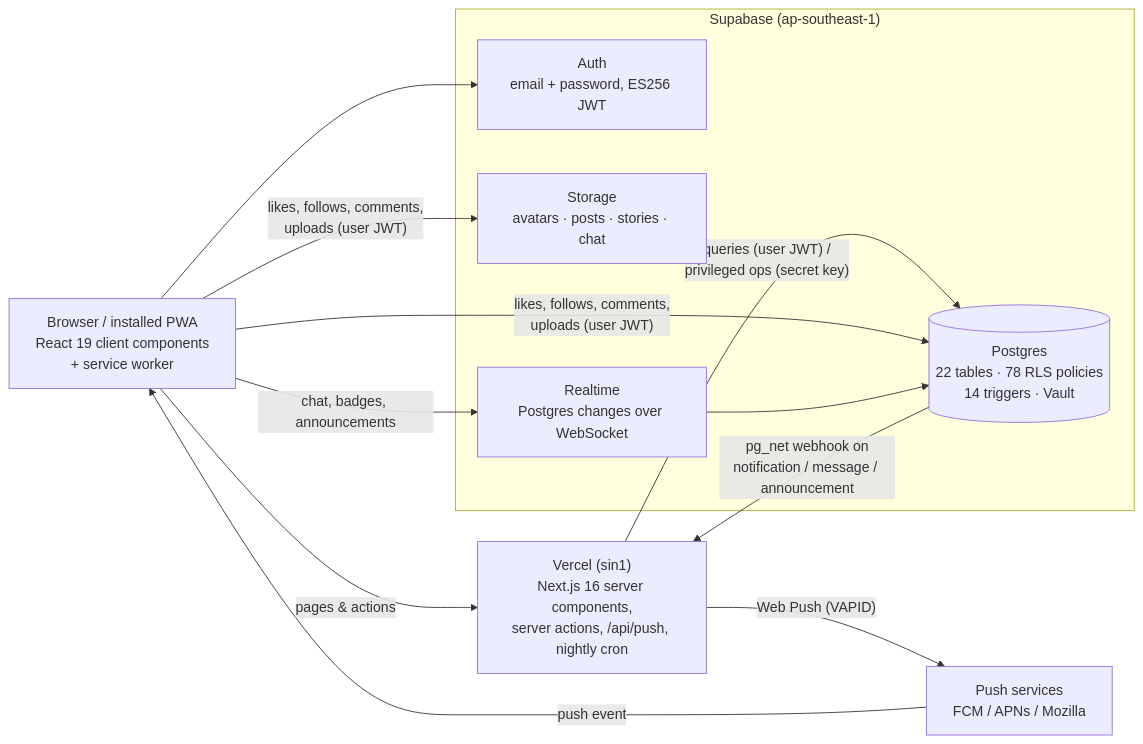
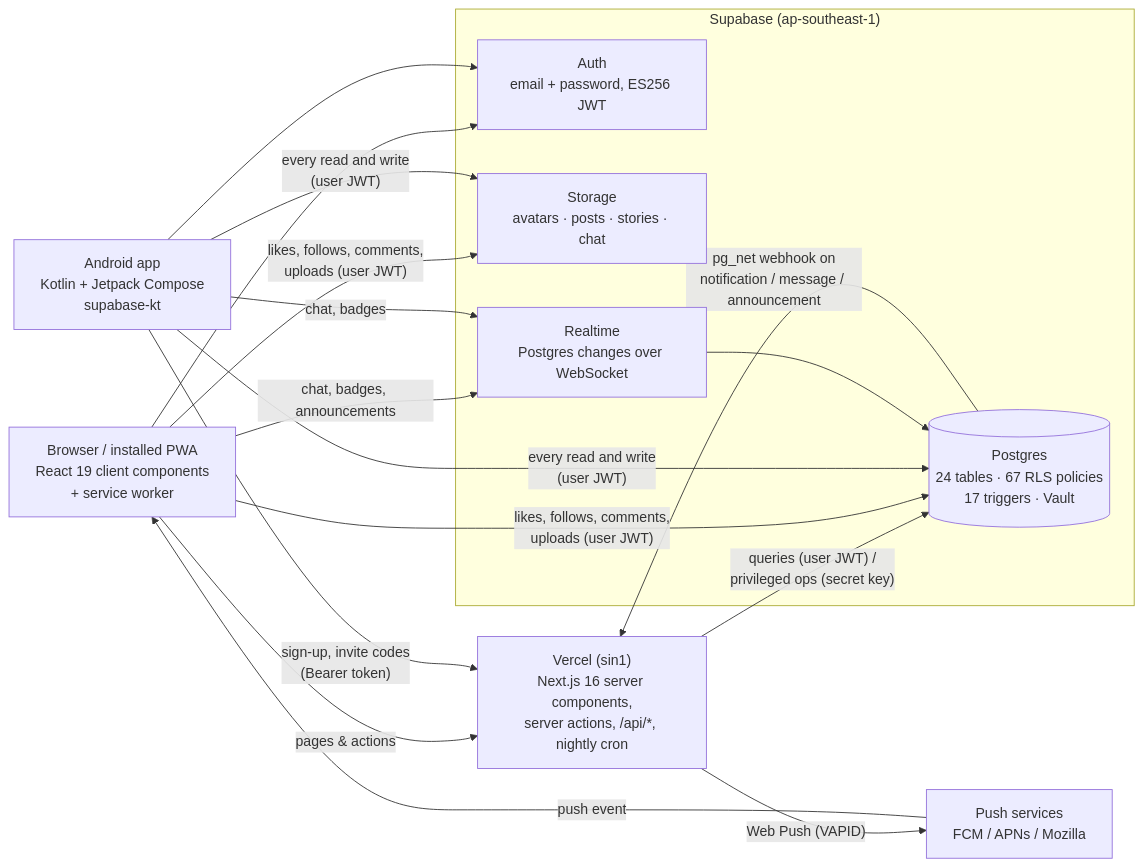
Before and after one commit to brownfishsalman/Dheu-: the diagram in README.md, drawn with Mermaid. The commit also changed other lines of this file and 78 other files, not shown here.

First line of the commit message:
Android app 0.1.0 in Kotlin and Jetpack Compose

````diff
--- a/README.md
+++ b/README.md
@@ -67,21 +75,26 @@
 ```mermaid
 flowchart LR
   B["Browser / installed PWA<br/>React 19 client components<br/>+ service worker"]
-  V["Vercel (sin1)<br/>Next.js 16 server components,<br/>server actions, /api/push, nightly cron"]
+  A["Android app<br/>Kotlin + Jetpack Compose<br/>supabase-kt"]
+  V["Vercel (sin1)<br/>Next.js 16 server components,<br/>server actions, /api/*, nightly cron"]
   subgraph S["Supabase (ap-southeast-1)"]
-    DB[("Postgres<br/>22 tables · 78 RLS policies<br/>14 triggers · Vault")]
+    DB[("Postgres<br/>24 tables · 67 RLS policies<br/>17 triggers · Vault")]
     AUTH["Auth<br/>email + password, ES256 JWT"]
     ST["Storage<br/>avatars · posts · stories · chat"]
     RT["Realtime<br/>Postgres changes over WebSocket"]
   end
   P["Push services<br/>FCM / APNs / Mozilla"]
   B -- "pages & actions" --> V
+  A -- "sign-up, invite codes<br/>(Bearer token)" --> V
   V -- "queries (user JWT) /<br/>privileged ops (secret key)" --> DB
   B -- "likes, follows, comments,<br/>uploads (user JWT)" --> DB & ST
+  A -- "every read and write<br/>(user JWT)" --> DB & ST
   B -- "chat, badges, announcements" --> RT
+  A -- "chat, badges" --> RT
   RT --> DB
   DB -- "pg_net webhook on<br/>notification / message / announcement" --> V
   V -- "Web Push (VAPID)" --> P
   P -- "push event" --> B
   B --> AUTH
+  A --> AUTH
 ```
````
